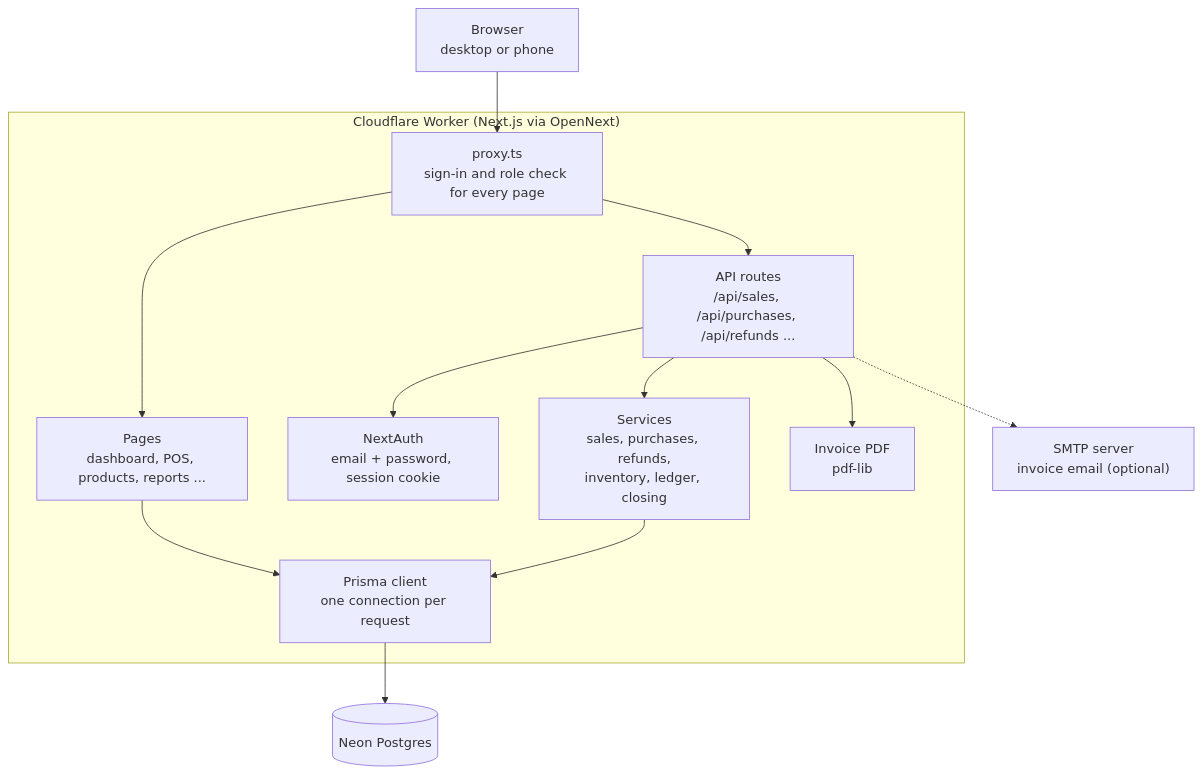
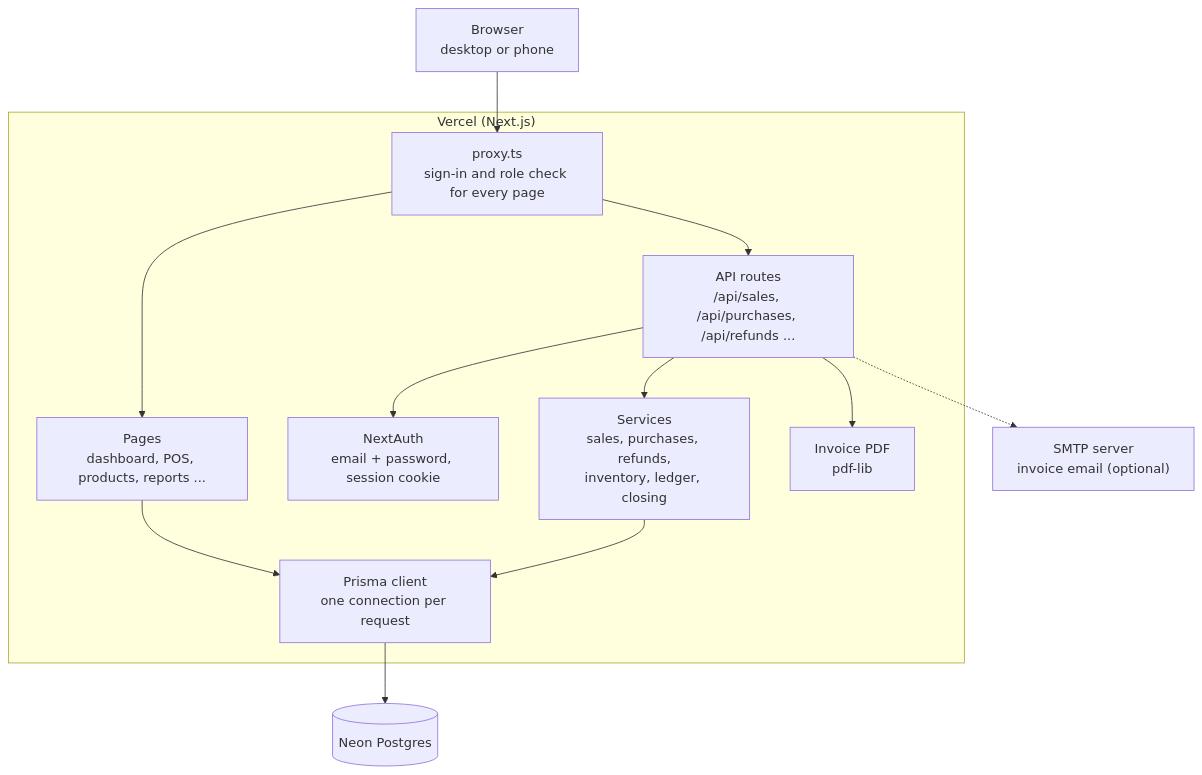
The first of 3 diagrams in README.md (rehmanpranto/Shop-Pos), drawn with Mermaid before and after one commit. The commit also changed other lines of this file and 17 other files, not shown here.

````diff
--- a/README.md
+++ b/README.md
@@ -82,28 +82,28 @@
 ```mermaid
 flowchart TD
     Browser["Browser<br/>desktop or phone"]
 
-    subgraph Worker["Cloudflare Worker (Next.js via OpenNext)"]
+    subgraph Vercel["Vercel (Next.js)"]
         Proxy["proxy.ts<br/>sign-in and role check for every page"]
         Pages["Pages<br/>dashboard, POS, products, reports ..."]
         API["API routes<br/>/api/sales, /api/purchases, /api/refunds ..."]
         Auth["NextAuth<br/>email + password, session cookie"]
         Services["Services<br/>sales, purchases, refunds,<br/>inventory, ledger, closing"]
         PDF["Invoice PDF<br/>pdf-lib"]
         Prisma["Prisma client<br/>one connection per request"]
     end
 
     DB[("Neon Postgres")]
     SMTP["SMTP server<br/>invoice email (optional)"]
 
     Browser --> Proxy
     Proxy --> Pages
     Proxy --> API
     Pages --> Prisma
     API --> Auth
     API --> Services
     API --> PDF
     Services --> Prisma
     Prisma --> DB
     API -.-> SMTP
 ```
````
